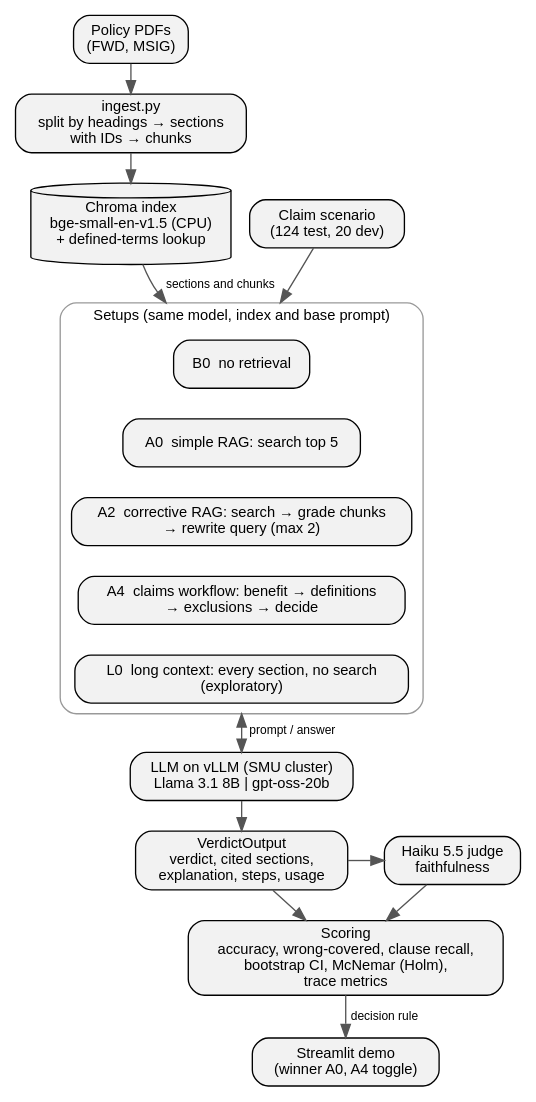
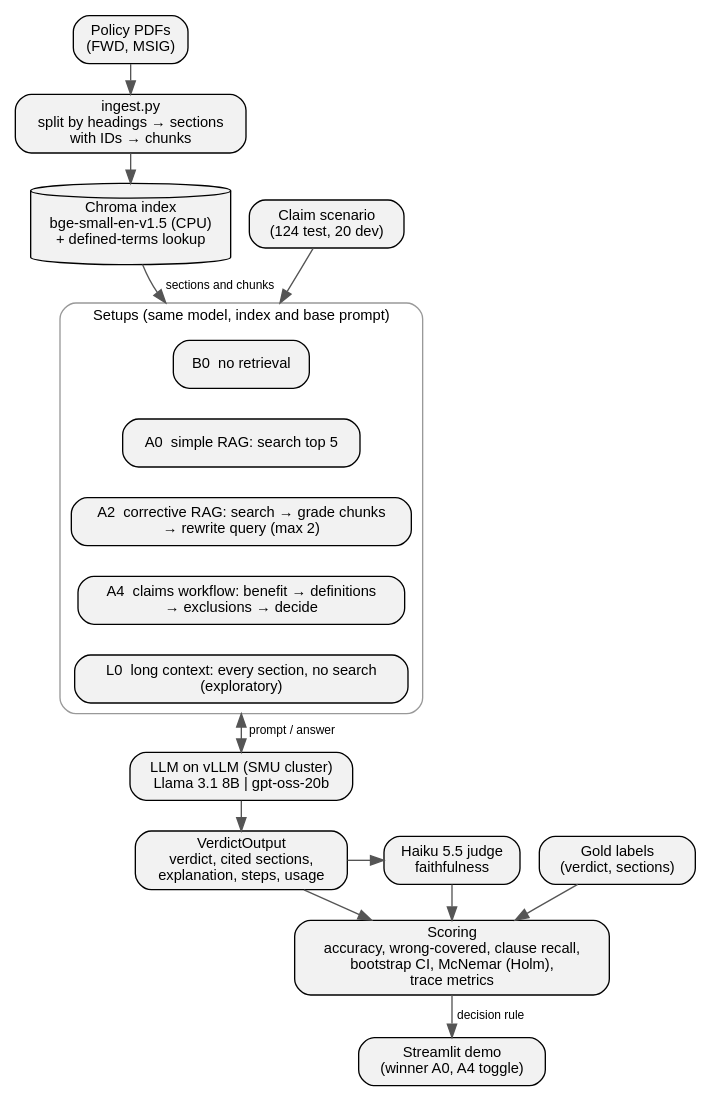
The diagram in docs/figures/architecture_3x4.dot (yezhan58-oss/insurance_policy_checker-rag), drawn with Graphviz before and after one commit. The commit also changed 6 other files, not shown here.

Commit message:
related work: L0 fits Li et al. only, lost-in-middle untestable; diagram: gold labels box, direct VerdictOutput→Scoring in 16:9

```diff
--- a/docs/figures/architecture_3x4.dot
+++ b/docs/figures/architecture_3x4.dot
@@ -1,37 +1,40 @@
 // Render: dot -Tpng -Gdpi=200 architecture.dot -o architecture.png
 digraph G {
   rankdir=TB; nodesep=0.2; ranksep=0.3; compound=true;
   node [shape=box, style="rounded,filled", fillcolor="#f2f2f2", fontname="Helvetica", fontsize=11];
   edge [fontname="Helvetica", fontsize=9, color="#555555"];
 
   pdf   [label="Policy PDFs\n(FWD, MSIG)"];
   ingest[label="ingest.py\nsplit by headings → sections\nwith IDs → chunks"];
   index [label="Chroma index\nbge-small-en-v1.5 (CPU)\n+ defined-terms lookup", shape=cylinder];
   scen  [label="Claim scenario\n(124 test, 20 dev)"];
 
 
   subgraph cluster_setups {
     label="Setups (same model, index and base prompt)"; fontname="Helvetica"; fontsize=11; style="rounded"; color="#999999";
     B0 [label="B0  no retrieval"];
     A0 [label="A0  simple RAG: search top 5"];
     A2 [label="A2  corrective RAG: search → grade chunks\n→ rewrite query (max 2)"];
     A4 [label="A4  claims workflow: benefit → definitions\n→ exclusions → decide"];
     L0 [label="L0  long context: every section, no search\n(exploratory)"];
     B0 -> A0 -> A2 -> A4 -> L0 [style=invis];
   }
 
   llm   [label="LLM on vLLM (SMU cluster)\nLlama 3.1 8B | gpt-oss-20b"];
   out   [label="VerdictOutput\nverdict, cited sections,\nexplanation, steps, usage"];
   score [label="Scoring\naccuracy, wrong-covered, clause recall,\nbootstrap CI, McNemar (Holm),\ntrace metrics"];
+  gold  [label="Gold labels
+(verdict, sections)"];
   judge [label="Haiku 5.5 judge\nfaithfulness"];
   demo  [label="Streamlit demo\n(winner A0, A4 toggle)"];
 
   pdf -> ingest -> index;
   { rank=same; out; judge; }
   index -> B0 [lhead=cluster_setups, label="sections and chunks"];
   scen  -> B0 [lhead=cluster_setups];
   L0 -> llm [ltail=cluster_setups, dir=both, label="prompt / answer"];
   llm -> out;
   out -> score; out -> judge -> score;
+  gold -> score;
   score -> demo [label="decision rule"];
 }
```
